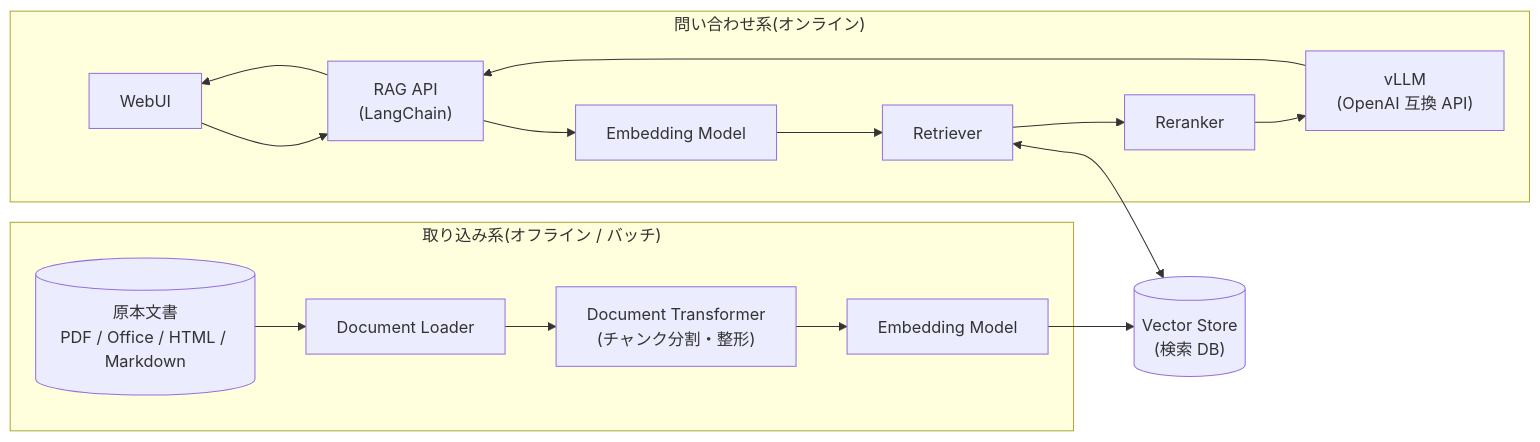
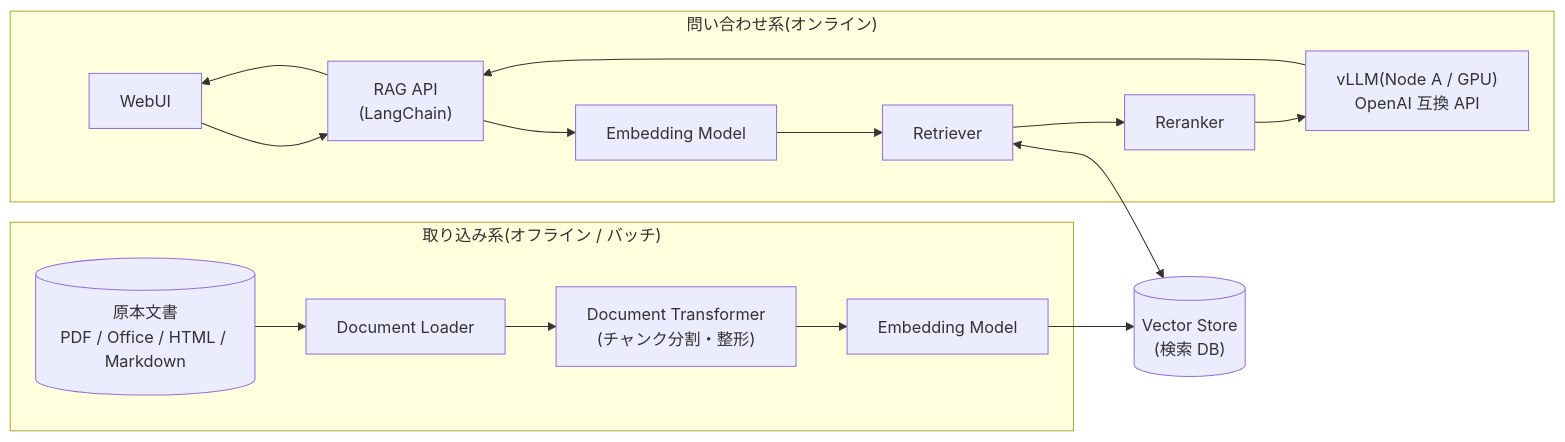
The first of 2 diagrams in README.md (irimura/rag-system), drawn with Mermaid before and after one commit. The commit also changed other lines of this file and 3 other files, not shown here.

First line of the commit message:
Adopt 2-node topology: GPU node (vLLM) / app+data node

````diff
--- a/README.md
+++ b/README.md
@@ -26,26 +28,26 @@
 ```mermaid
 flowchart LR
     subgraph ingest["取り込み系(オフライン / バッチ)"]
         SRC[("原本文書<br/>PDF / Office / HTML / Markdown")]
         DL["Document Loader"]
         TR["Document Transformer<br/>(チャンク分割・整形)"]
         EM1["Embedding Model"]
         SRC --> DL --> TR --> EM1
     end
 
     subgraph query["問い合わせ系(オンライン)"]
         UI["WebUI"]
         API["RAG API<br/>(LangChain)"]
         EM2["Embedding Model"]
         RET["Retriever"]
         RR["Reranker"]
-        LLM["vLLM<br/>(OpenAI 互換 API)"]
+        LLM["vLLM(Node A / GPU)<br/>OpenAI 互換 API"]
         UI --> API
         API --> EM2 --> RET --> RR --> LLM
         LLM --> API --> UI
     end
 
     VDB[("Vector Store<br/>(検索 DB)")]
     EM1 --> VDB
     RET <--> VDB
 ```
````
